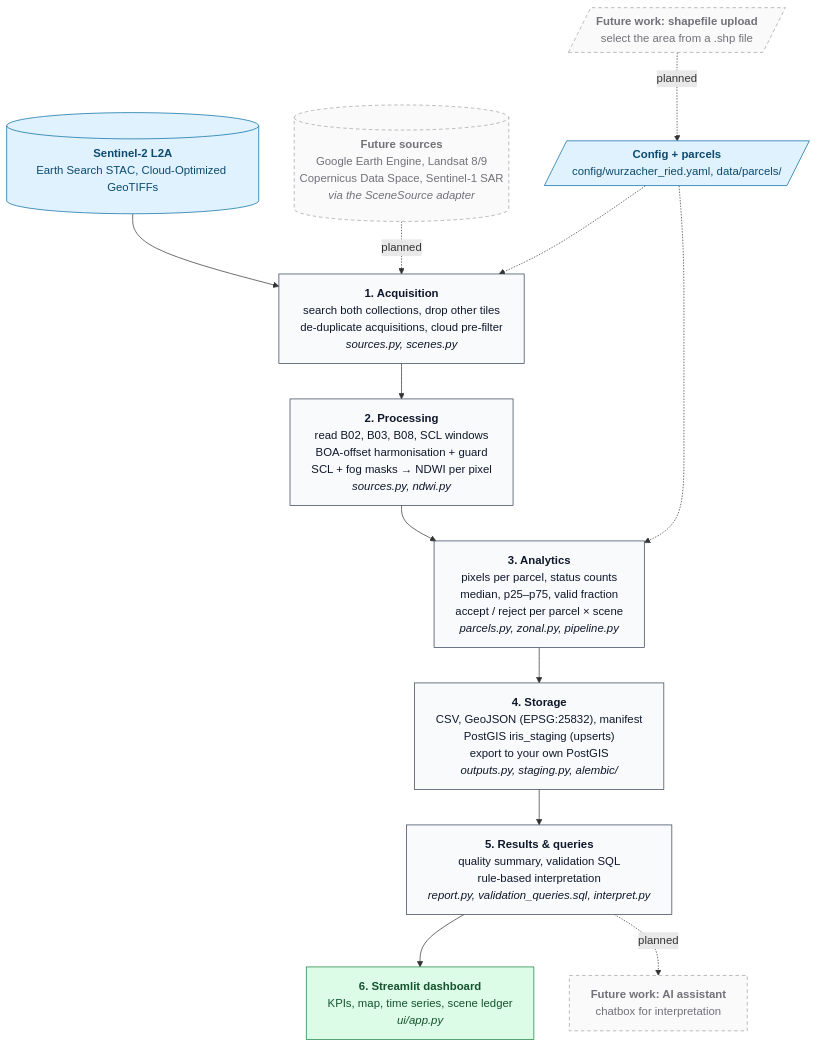
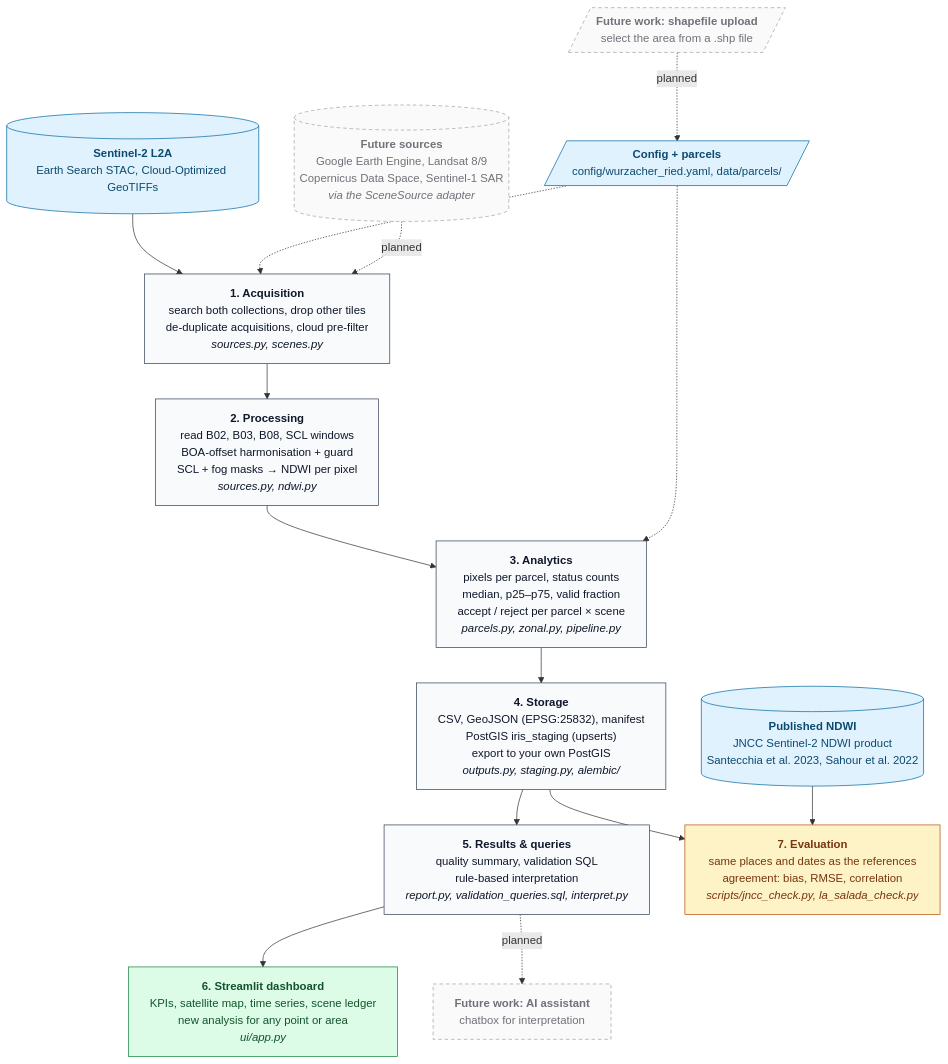
Before and after one commit to SomayehAhmadpour/Peatland-Moisture-Index: the diagram in README.md, drawn with Mermaid. The commit also changed other lines of this file, not shown here.

Commit message:
Workflow diagram: evaluation step against published NDWI

````diff
--- a/README.md
+++ b/README.md
@@ -18,32 +18,38 @@
 ```mermaid
 %%{init: {"fontFamily": "Arial, Helvetica, sans-serif", "themeVariables": {"fontFamily": "Arial, Helvetica, sans-serif"}, "flowchart": {"wrappingWidth": 340}}}%%
 flowchart TD
     S2[("<b>Sentinel-2 L2A</b><br/>Earth Search STAC, Cloud-Optimized GeoTIFFs")]
     FUTSRC[("<b>Future sources</b><br/>Google Earth Engine, Landsat 8/9<br/>Copernicus Data Space, Sentinel-1 SAR<br/><i>via the SceneSource adapter</i>")]
     CFG[/"<b>Config + parcels</b><br/>config/wurzacher_ried.yaml, data/parcels/"/]
     FUTSHP[/"<b>Future work: shapefile upload</b><br/>select the area from a .shp file"/]
+    REF[("<b>Published NDWI</b><br/>JNCC Sentinel-2 NDWI product<br/>Santecchia et al. 2023, Sahour et al. 2022")]
 
     ACQ["<b>1. Acquisition</b><br/>search both collections, drop other tiles<br/>de-duplicate acquisitions, cloud pre-filter<br/><i>sources.py, scenes.py</i>"]
     PRO["<b>2. Processing</b><br/>read B02, B03, B08, SCL windows<br/>BOA-offset harmonisation + guard<br/>SCL + fog masks → NDWI per pixel<br/><i>sources.py, ndwi.py</i>"]
     ANA["<b>3. Analytics</b><br/>pixels per parcel, status counts<br/>median, p25–p75, valid fraction<br/>accept / reject per parcel × scene<br/><i>parcels.py, zonal.py, pipeline.py</i>"]
     STO["<b>4. Storage</b><br/>CSV, GeoJSON (EPSG:25832), manifest<br/>PostGIS iris_staging (upserts)<br/>export to your own PostGIS<br/><i>outputs.py, staging.py, alembic/</i>"]
     SRV["<b>5. Results & queries</b><br/>quality summary, validation SQL<br/>rule-based interpretation<br/><i>report.py, validation_queries.sql, interpret.py</i>"]
-    UI["<b>6. Streamlit dashboard</b><br/>KPIs, map, time series, scene ledger<br/><i>ui/app.py</i>"]
+    UI["<b>6. Streamlit dashboard</b><br/>KPIs, satellite map, time series, scene ledger<br/>new analysis for any point or area<br/><i>ui/app.py</i>"]
+    EVA["<b>7. Evaluation</b><br/>same places and dates as the references<br/>agreement: bias, RMSE, correlation<br/><i>scripts/jncc_check.py, la_salada_check.py</i>"]
     FUTAI["<b>Future work: AI assistant</b><br/>chatbox for interpretation"]
 
     S2 --> ACQ --> PRO --> ANA --> STO --> SRV --> UI
+    STO --> EVA
+    REF --> EVA
     CFG -.-> ACQ
     CFG -.-> ANA
     FUTSHP -.->|planned| CFG
     FUTSRC -.->|planned| ACQ
     SRV -.->|planned| FUTAI
 
     classDef source fill:#e0f2fe,stroke:#0369a1,color:#0c4a6e
     classDef stage fill:#f8fafc,stroke:#334155,color:#0f172a
     classDef ui fill:#dcfce7,stroke:#15803d,color:#14532d
     classDef future fill:#fafafa,stroke:#a1a1aa,stroke-dasharray:5 4,color:#71717a
-    class S2,CFG source
+    classDef eval fill:#fef3c7,stroke:#b45309,color:#78350f
+    class S2,CFG,REF source
     class ACQ,PRO,ANA,STO,SRV stage
+    class EVA eval
     class UI ui
     class FUTSRC,FUTSHP,FUTAI future
 ```
````
